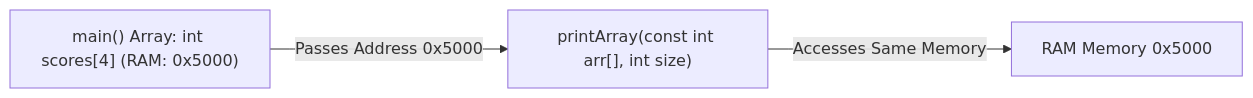
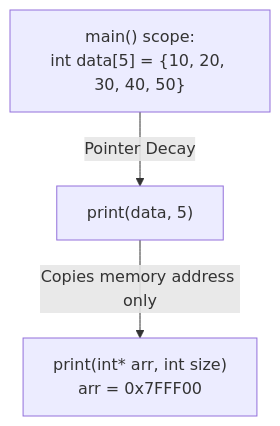
The diagram in 04_ArraysStrings/theory/L28_ArraysAsParameters.md (MiniLux0/LearningCpp), drawn with Mermaid before and after one commit. The commit also changed other lines of this file and 97 other files, not shown here.

````diff
--- a/04_ArraysStrings/theory/L28_ArraysAsParameters.md
+++ b/04_ArraysStrings/theory/L28_ArraysAsParameters.md
@@ -29,5 +31,5 @@
 ```mermaid
-graph LR
-    Caller["main() Array: int scores[4] (RAM: 0x5000)"] -->|Passes Address 0x5000| Func["printArray(const int arr[], int size)"]
-    Func -->|Accesses Same Memory| Direct["RAM Memory 0x5000"]
+graph TD
+    Sub["main() scope:<br/>int data[5] = {10, 20, 30, 40, 50}"] -->|Pointer Decay| Call["print(data, 5)"]
+    Call -->|Copies memory address only| Func["print(int* arr, int size)<br/>arr = 0x7FFF00"]
 ```
````
